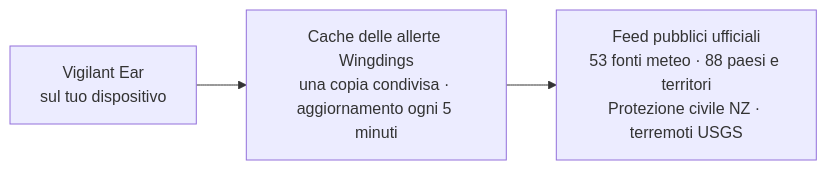
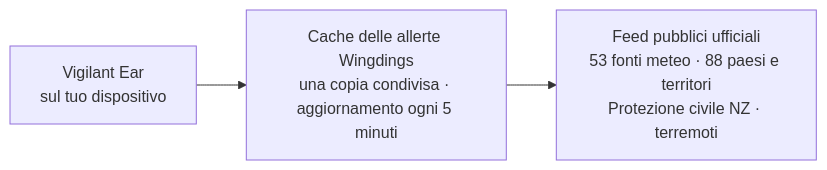
One commit to rpalm01-star/VigilantEarLegal changed the fourth of 4 diagrams in README_it.md. Above: the diagram before and after it, drawn with Mermaid. The commit also changed other lines of this file and 47 other files, not shown here.

````diff
--- a/README_it.md
+++ b/README_it.md
@@ -171,5 +171,5 @@
 ```mermaid
 graph LR
     P1["Vigilant Ear<br/>sul tuo dispositivo"] --> W["Cache delle allerte Wingdings<br/>una copia condivisa · aggiornamento ogni 5 minuti"]
-    W --> N["Feed pubblici ufficiali<br/>53 fonti meteo · 88 paesi e territori<br/>Protezione civile NZ · terremoti USGS"]
+    W --> N["Feed pubblici ufficiali<br/>53 fonti meteo · 88 paesi e territori<br/>Protezione civile NZ · terremoti"]
 ```
````
